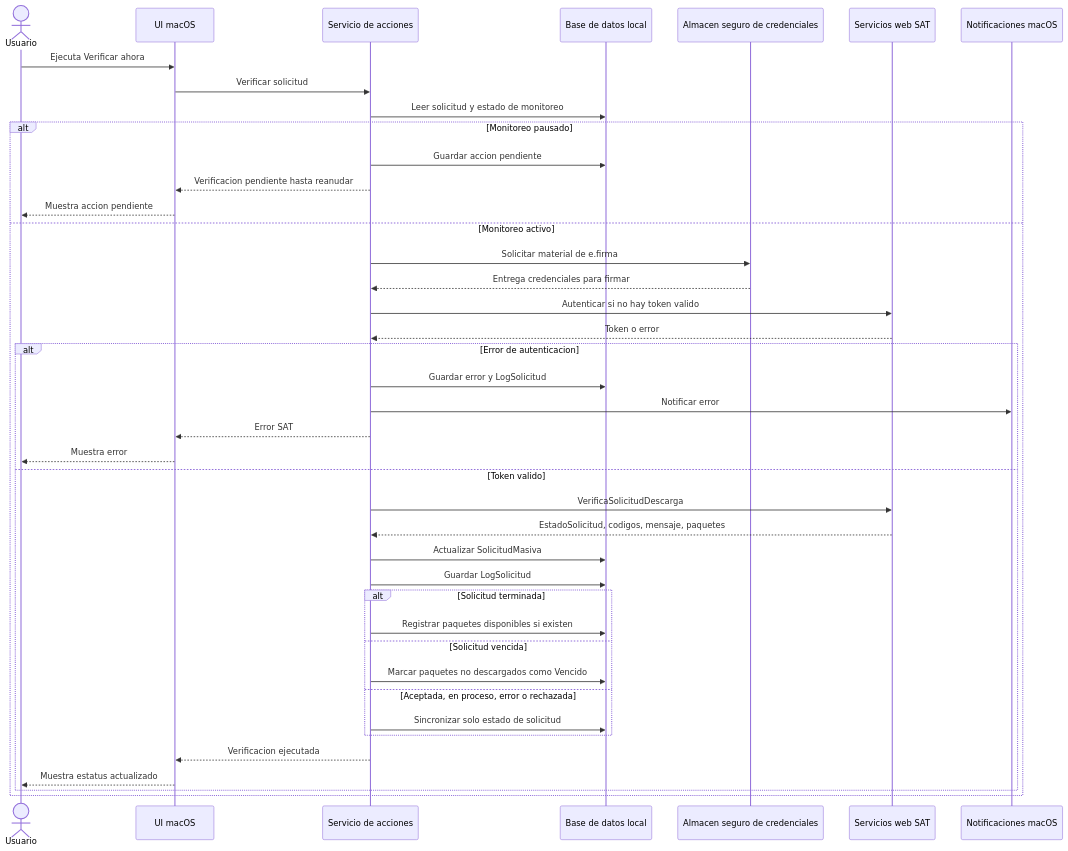
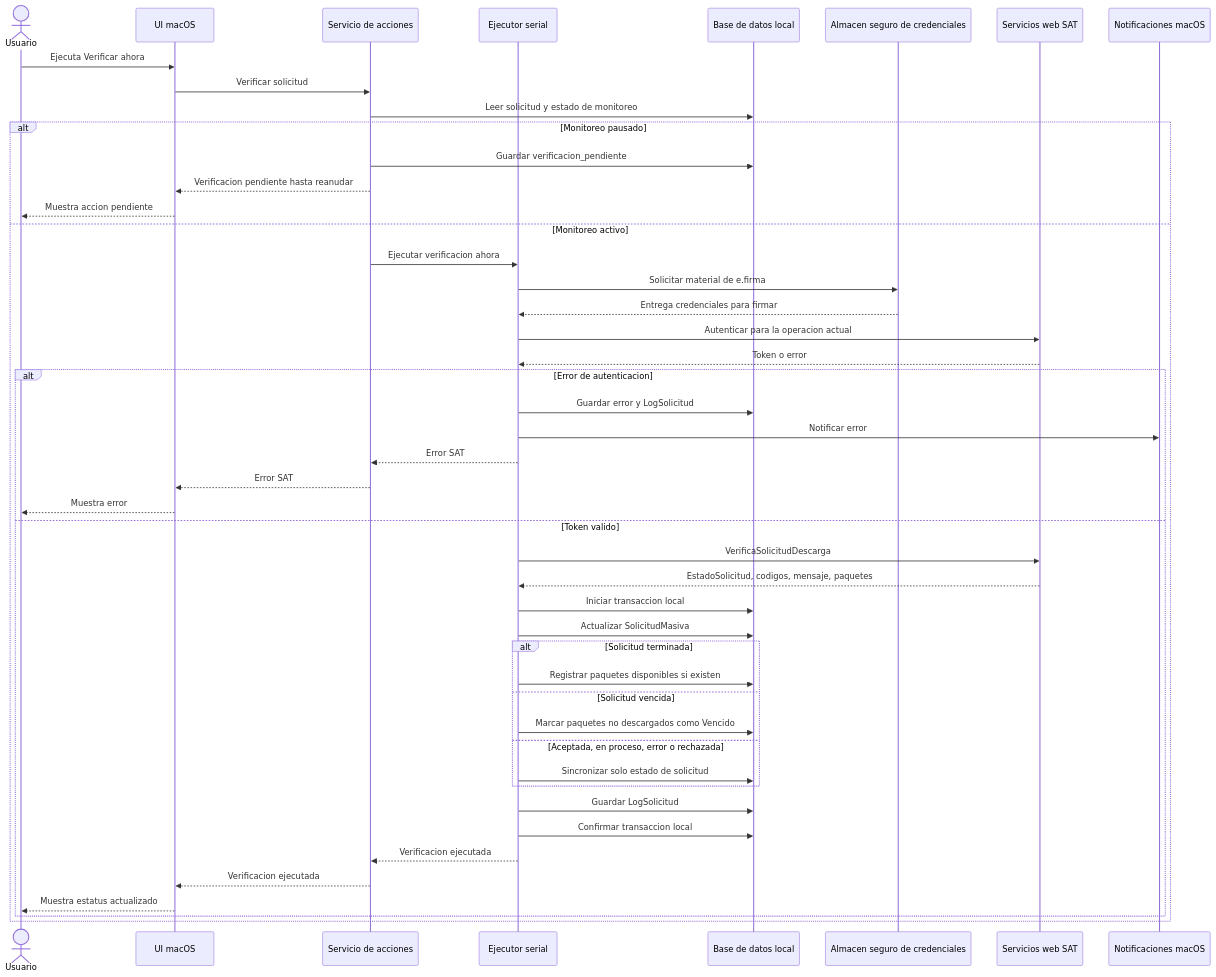
One commit to irritila/sat-cfdi-downloader changed the ninth of 21 diagrams in docs/architecture.md. Above: the diagram before and after it, drawn with Mermaid. The commit also changed other lines of this file and 14 other files, not shown here.

````diff
--- a/docs/architecture.md
+++ b/docs/architecture.md
@@ -513,48 +548,54 @@
 ```mermaid
 sequenceDiagram
     actor Usuario
     participant UI as UI macOS
     participant Acciones as Servicio de acciones
+    participant Executor as Ejecutor serial
     participant DB as Base de datos local
     participant Credenciales as Almacen seguro de credenciales
     participant SAT as Servicios web SAT
     participant Notificaciones as Notificaciones macOS
 
     Usuario->>UI: Ejecuta Verificar ahora
     UI->>Acciones: Verificar solicitud
     Acciones->>DB: Leer solicitud y estado de monitoreo
 
     alt Monitoreo pausado
-        Acciones->>DB: Guardar accion pendiente
+        Acciones->>DB: Guardar verificacion_pendiente
         Acciones-->>UI: Verificacion pendiente hasta reanudar
         UI-->>Usuario: Muestra accion pendiente
     else Monitoreo activo
-        Acciones->>Credenciales: Solicitar material de e.firma
-        Credenciales-->>Acciones: Entrega credenciales para firmar
-        Acciones->>SAT: Autenticar si no hay token valido
-        SAT-->>Acciones: Token o error
+        Acciones->>Executor: Ejecutar verificacion ahora
+        Executor->>Credenciales: Solicitar material de e.firma
+        Credenciales-->>Executor: Entrega credenciales para firmar
+        Executor->>SAT: Autenticar para la operacion actual
+        SAT-->>Executor: Token o error
 
         alt Error de autenticacion
-            Acciones->>DB: Guardar error y LogSolicitud
-            Acciones->>Notificaciones: Notificar error
+            Executor->>DB: Guardar error y LogSolicitud
+            Executor->>Notificaciones: Notificar error
+            Executor-->>Acciones: Error SAT
             Acciones-->>UI: Error SAT
             UI-->>Usuario: Muestra error
         else Token valido
-            Acciones->>SAT: VerificaSolicitudDescarga
-            SAT-->>Acciones: EstadoSolicitud, codigos, mensaje, paquetes
-            Acciones->>DB: Actualizar SolicitudMasiva
-            Acciones->>DB: Guardar LogSolicitud
+            Executor->>SAT: VerificaSolicitudDescarga
+            SAT-->>Executor: EstadoSolicitud, codigos, mensaje, paquetes
+            Executor->>DB: Iniciar transaccion local
+            Executor->>DB: Actualizar SolicitudMasiva
 
             alt Solicitud terminada
-                Acciones->>DB: Registrar paquetes disponibles si existen
+                Executor->>DB: Registrar paquetes disponibles si existen
             else Solicitud vencida
-                Acciones->>DB: Marcar paquetes no descargados como Vencido
+                Executor->>DB: Marcar paquetes no descargados como Vencido
             else Aceptada, en proceso, error o rechazada
-                Acciones->>DB: Sincronizar solo estado de solicitud
+                Executor->>DB: Sincronizar solo estado de solicitud
             end
+            Executor->>DB: Guardar LogSolicitud
+            Executor->>DB: Confirmar transaccion local
 
+            Executor-->>Acciones: Verificacion ejecutada
             Acciones-->>UI: Verificacion ejecutada
             UI-->>Usuario: Muestra estatus actualizado
         end
     end
 ```
````
